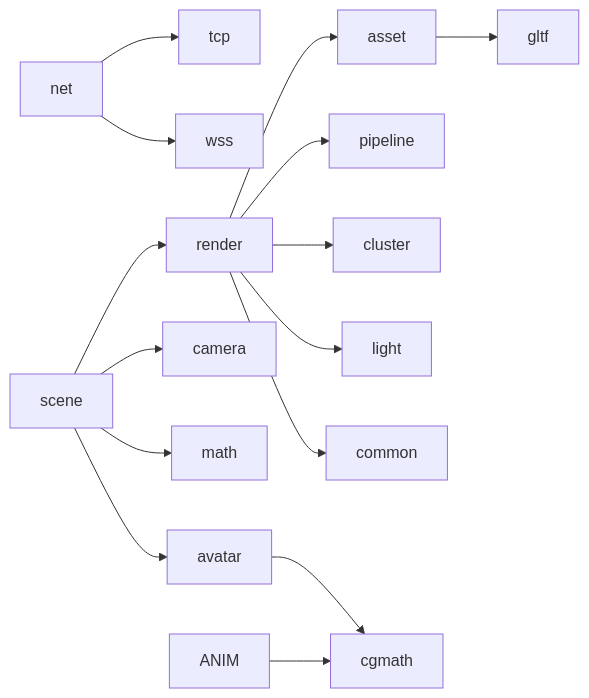
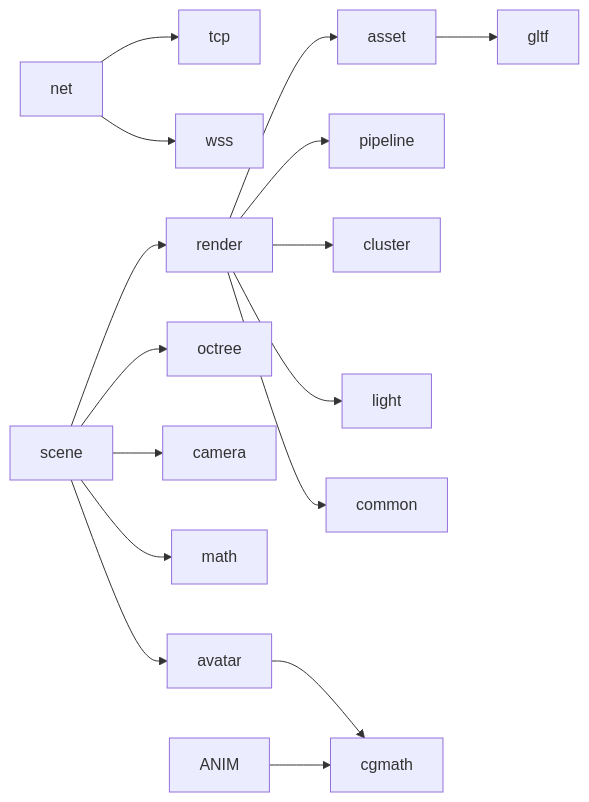
The eighth of 8 diagrams in .qoder/repowiki/zh/content/扩展开发.md (qianqians/geese), drawn with Mermaid before and after one commit. The commit also changed other lines of this file and 12 other files, not shown here.

````diff
--- a/.qoder/repowiki/zh/content/扩展开发.md
+++ b/.qoder/repowiki/zh/content/扩展开发.md
@@ -503,17 +605,18 @@
 ```mermaid
 graph LR
 NET["net"] --> TCP["tcp"]
 NET --> WSS["wss"]
 SCENE["scene"] --> RENDER["render"]
+SCENE --> OCTREE["octree"]
 RENDER --> ASSET["asset"]
 SCENE --> CAMERA["camera"]
 SCENE --> MATH["math"]
 SCENE --> AVATAR["avatar"]
 RENDER --> PIPELINE["pipeline"]
 RENDER --> CLUSTER["cluster"]
 RENDER --> LIGHT["light"]
 RENDER --> COMMON["common"]
 AVATAR --> CGMATH["cgmath"]
 ANIM --> CGMATH
 ASSET --> GLTF["gltf"]
 ```
````
